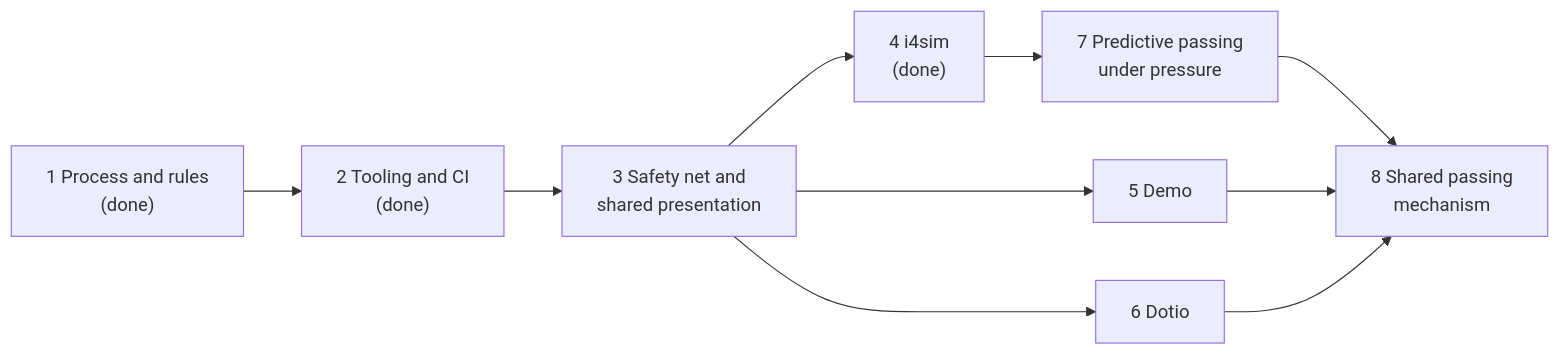
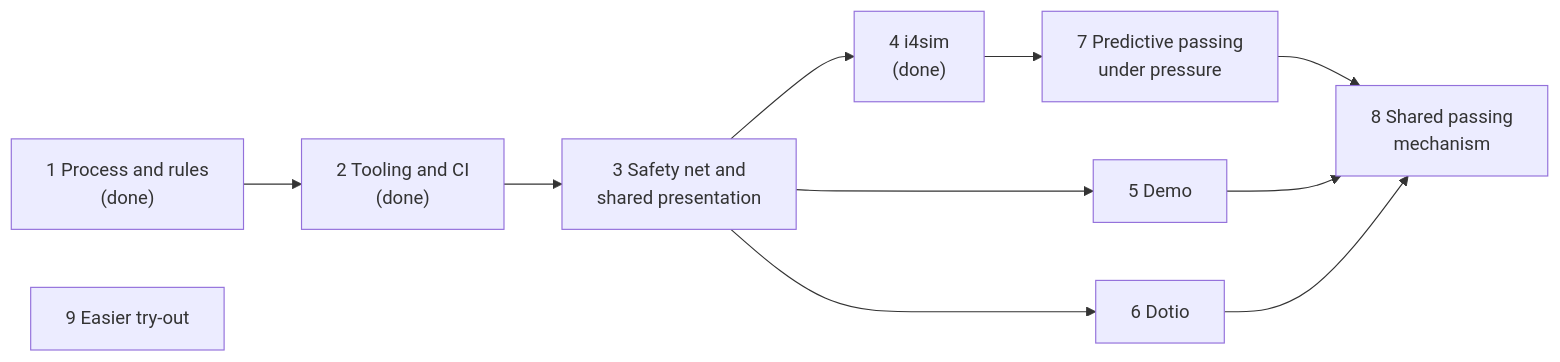
One commit to SMB-M87/Kinetra-Lab changed the diagram in docs/design/2026-11-18-quality-roadmap.md. Above: the diagram before and after it, drawn with Mermaid. The commit also changed other lines of this file and 7 other files, not shown here.

````diff
--- a/docs/design/2026-11-18-quality-roadmap.md
+++ b/docs/design/2026-11-18-quality-roadmap.md
@@ -81,12 +83,13 @@
 ```mermaid
 flowchart LR
     P1["1 Process and rules<br/>(done)"] --> P2["2 Tooling and CI<br/>(done)"]
     P2 --> P3["3 Safety net and<br/>shared presentation"]
     P3 --> P4["4 i4sim<br/>(done)"]
     P3 --> P5["5 Demo"]
     P3 --> P6["6 Dotio"]
     P4 --> P7["7 Predictive passing<br/>under pressure"]
     P7 --> P8["8 Shared passing<br/>mechanism"]
     P5 --> P8
     P6 --> P8
+    P9["9 Easier try-out"]
 ```
````
